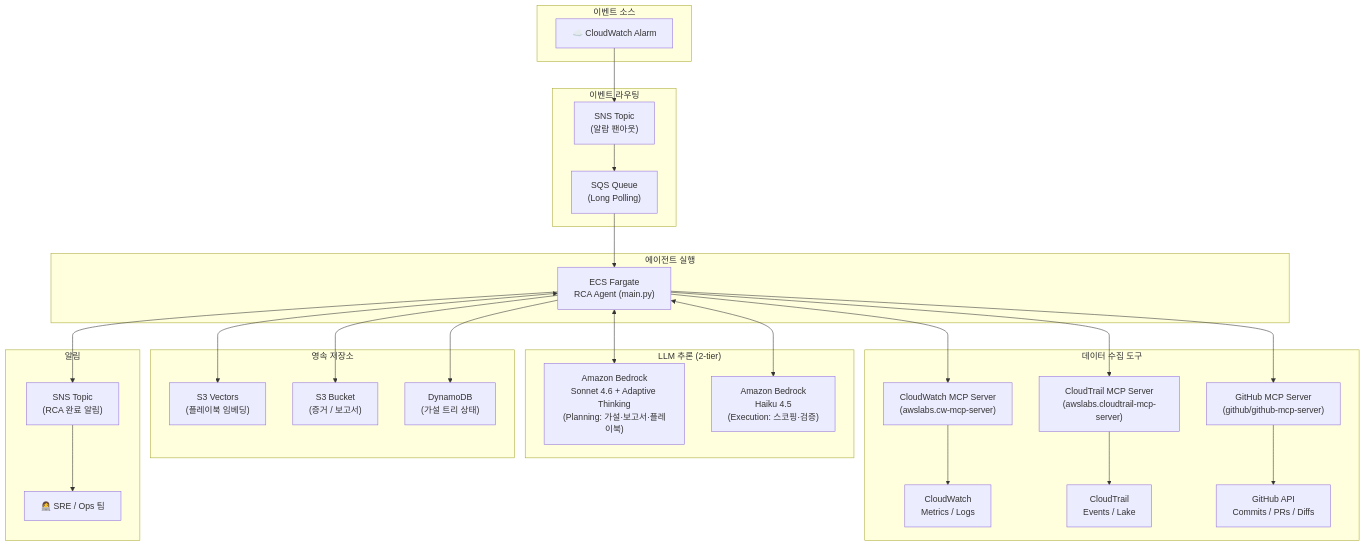
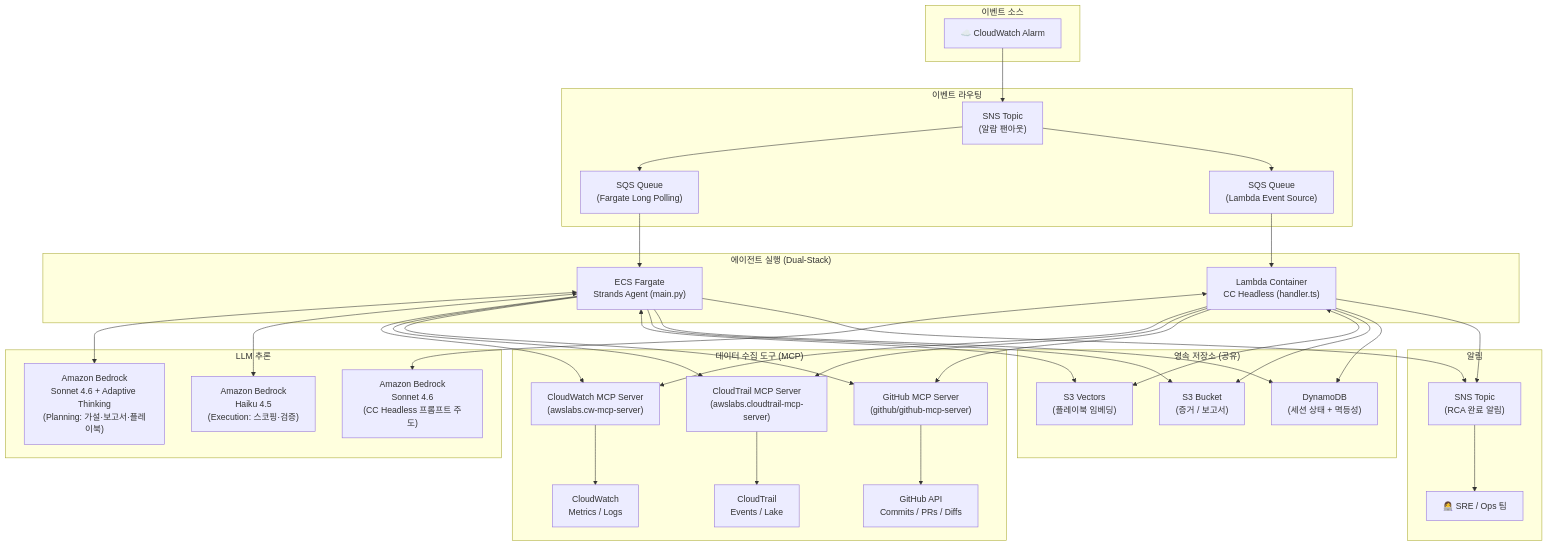
One commit to haandol/rca-agent changed the first of 4 diagrams in AGENTS.md. Above: the diagram before and after it, drawn with Mermaid. The commit also changed other lines of this file and 2 other files, not shown here.

Commit message:
docs: update architecture docs to reflect dual-stack (Fargate + Lambda CC Headless) architecture

````diff
--- a/AGENTS.md
+++ b/AGENTS.md
@@ -74,51 +89,68 @@
 ```mermaid
 graph TB
     subgraph EventSource["이벤트 소스"]
         CW_ALARM["☁️ CloudWatch Alarm"]
     end
 
     subgraph Messaging["이벤트 라우팅"]
         SNS_IN["SNS Topic<br/>(알람 팬아웃)"]
-        SQS["SQS Queue<br/>(Long Polling)"]
+        SQS_FARGATE["SQS Queue<br/>(Fargate Long Polling)"]
+        SQS_LAMBDA["SQS Queue<br/>(Lambda Event Source)"]
     end
 
-    subgraph Compute["에이전트 실행"]
-        ECS["ECS Fargate<br/>RCA Agent (main.py)"]
+    subgraph Compute["에이전트 실행 (Dual-Stack)"]
+        ECS["ECS Fargate<br/>Strands Agent (main.py)"]
+        LAMBDA["Lambda Container<br/>CC Headless (handler.ts)"]
     end
 
-    subgraph LLM["LLM 추론 (2-tier)"]
+    subgraph LLM["LLM 추론"]
         BEDROCK_PLAN["Amazon Bedrock<br/>Sonnet 4.6 + Adaptive Thinking<br/>(Planning: 가설·보고서·플레이북)"]
         BEDROCK_EXEC["Amazon Bedrock<br/>Haiku 4.5<br/>(Execution: 스코핑·검증)"]
+        BEDROCK_CC["Amazon Bedrock<br/>Sonnet 4.6<br/>(CC Headless 프롬프트 주도)"]
     end
 
-    subgraph DataTools["데이터 수집 도구"]
+    subgraph DataTools["데이터 수집 도구 (MCP)"]
         CW_MCP["CloudWatch MCP Server<br/>(awslabs.cw-mcp-server)"]
         CT_MCP["CloudTrail MCP Server<br/>(awslabs.cloudtrail-mcp-server)"]
         GH_MCP["GitHub MCP Server<br/>(github/github-mcp-server)"]
         CW_API["CloudWatch<br/>Metrics / Logs"]
         CT_API["CloudTrail<br/>Events / Lake"]
         GH_API["GitHub API<br/>Commits / PRs / Diffs"]
     end
 
-    subgraph Storage["영속 저장소"]
+    subgraph Storage["영속 저장소 (공유)"]
         S3_VECTORS["S3 Vectors<br/>(플레이북 임베딩)"]
         S3["S3 Bucket<br/>(증거 / 보고서)"]
-        DDB["DynamoDB<br/>(가설 트리 상태)"]
+        DDB["DynamoDB<br/>(세션 상태 + 멱등성)"]
     end
 
     subgraph Notification["알림"]
         SNS_OUT["SNS Topic<br/>(RCA 완료 알림)"]
         SRE["👩‍💻 SRE / Ops 팀"]
     end
 
-    CW_ALARM --> SNS_IN --> SQS --> ECS
+    CW_ALARM --> SNS_IN
+    SNS_IN --> SQS_FARGATE --> ECS
+    SNS_IN --> SQS_LAMBDA --> LAMBDA
     ECS <--> BEDROCK_PLAN
     ECS <--> BEDROCK_EXEC
-    ECS --> CW_MCP --> CW_API
-    ECS --> CT_MCP --> CT_API
-    ECS --> GH_MCP --> GH_API
+    LAMBDA <--> BEDROCK_CC
+    ECS --> CW_MCP
+    ECS --> CT_MCP
+    ECS --> GH_MCP
+    LAMBDA --> CW_MCP
+    LAMBDA --> CT_MCP
+    LAMBDA --> GH_MCP
+    CW_MCP --> CW_API
+    CT_MCP --> CT_API
+    GH_MCP --> GH_API
     ECS <--> S3_VECTORS
     ECS --> S3
     ECS --> DDB
-    ECS --> SNS_OUT --> SRE
+    LAMBDA <--> S3_VECTORS
+    LAMBDA --> S3
+    LAMBDA --> DDB
+    ECS --> SNS_OUT
+    LAMBDA --> SNS_OUT
+    SNS_OUT --> SRE
 ```
````
